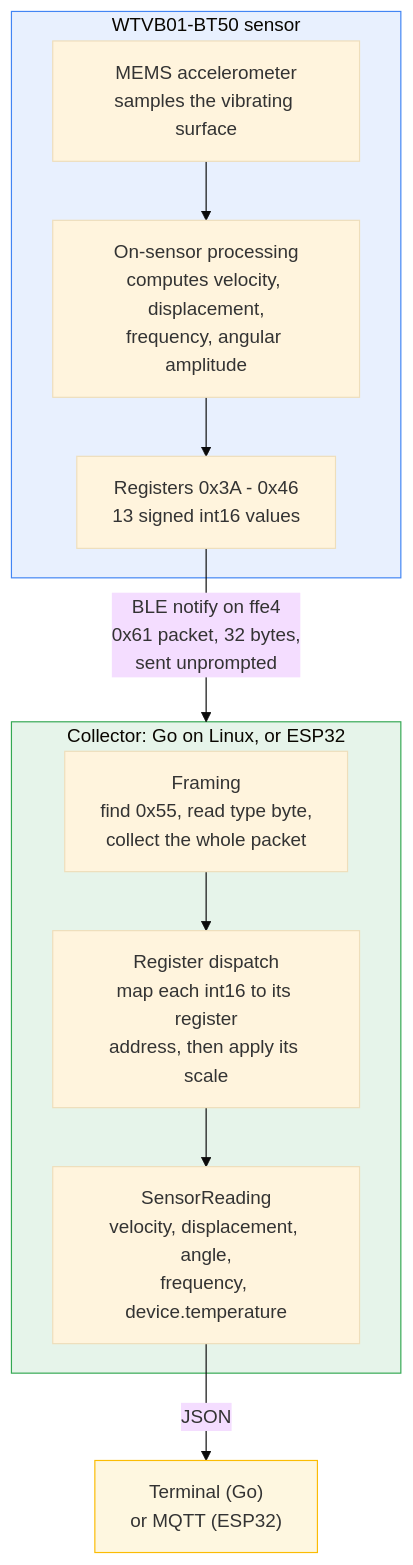
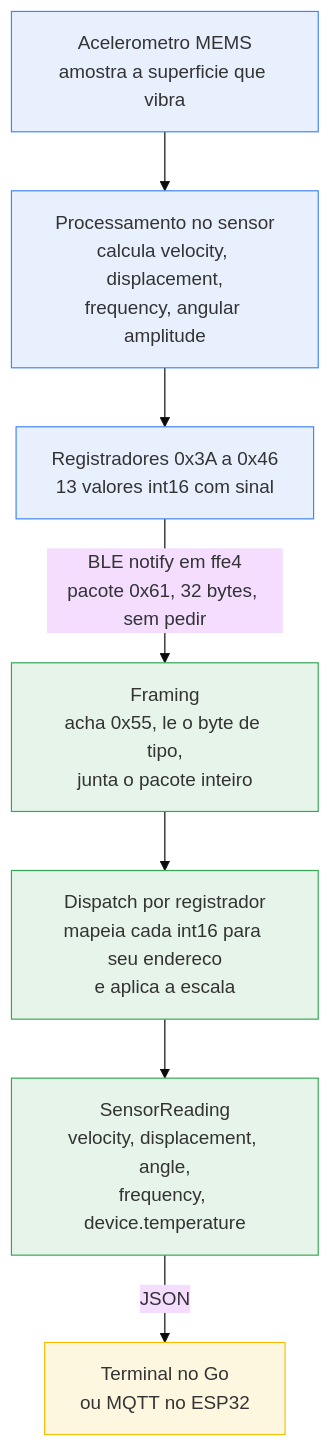
Before and after one commit to NatanBack77/zenith-edge-collector: the first of 4 diagrams in docs/architecture.md, drawn with Mermaid (base theme). The commit also changed other lines of this file and 4 other files, not shown here.

First line of the commit message:
Traduz documentação para português e conserta diagramas mermaid

````diff
--- a/docs/architecture.md
+++ b/docs/architecture.md
@@ -17,24 +17,25 @@
 ```mermaid
 flowchart TD
-    subgraph SENSOR["WTVB01-BT50 sensor"]
-        ACCEL["MEMS accelerometer<br/>samples the vibrating surface"]
-        DSP["On-sensor processing<br/>computes velocity, displacement,<br/>frequency, angular amplitude"]
-        REGS["Registers 0x3A - 0x46<br/>13 signed int16 values"]
-        ACCEL --> DSP --> REGS
-    end
+    ACCEL["Acelerometro MEMS<br/>amostra a superficie que vibra"]
+    DSP["Processamento no sensor<br/>calcula velocity, displacement,<br/>frequency, angular amplitude"]
+    REGS["Registradores 0x3A a 0x46<br/>13 valores int16 com sinal"]
+    FRAME["Framing<br/>acha 0x55, le o byte de tipo,<br/>junta o pacote inteiro"]
+    DISPATCH["Dispatch por registrador<br/>mapeia cada int16 para seu endereco<br/>e aplica a escala"]
+    READING["SensorReading<br/>velocity, displacement, angle,<br/>frequency, device.temperature"]
+    OUT["Terminal no Go<br/>ou MQTT no ESP32"]
 
-    REGS -->|"BLE notify on ffe4<br/>0x61 packet, 32 bytes,<br/>sent unprompted"| COLLECT
+    ACCEL --> DSP
+    DSP --> REGS
+    REGS -->|"BLE notify em ffe4<br/>pacote 0x61, 32 bytes, sem pedir"| FRAME
+    FRAME --> DISPATCH
+    DISPATCH --> READING
+    READING -->|JSON| OUT
 
-    subgraph COLLECT["Collector: Go on Linux, or ESP32"]
-        FRAME["Framing<br/>find 0x55, read type byte,<br/>collect the whole packet"]
-        DISPATCH["Register dispatch<br/>map each int16 to its register<br/>address, then apply its scale"]
-        READING["SensorReading<br/>velocity, displacement, angle,<br/>frequency, device.temperature"]
-        FRAME --> DISPATCH --> READING
-    end
-
-    READING -->|JSON| OUT["Terminal (Go)<br/>or MQTT (ESP32)"]
-
-    style SENSOR fill:#e8f0fe,stroke:#4285f4
-    style COLLECT fill:#e6f4ea,stroke:#34a853
+    style ACCEL fill:#e8f0fe,stroke:#4285f4
+    style DSP fill:#e8f0fe,stroke:#4285f4
+    style REGS fill:#e8f0fe,stroke:#4285f4
+    style FRAME fill:#e6f4ea,stroke:#34a853
+    style DISPATCH fill:#e6f4ea,stroke:#34a853
+    style READING fill:#e6f4ea,stroke:#34a853
     style OUT fill:#fef7e0,stroke:#fbbc04
 ```
````
